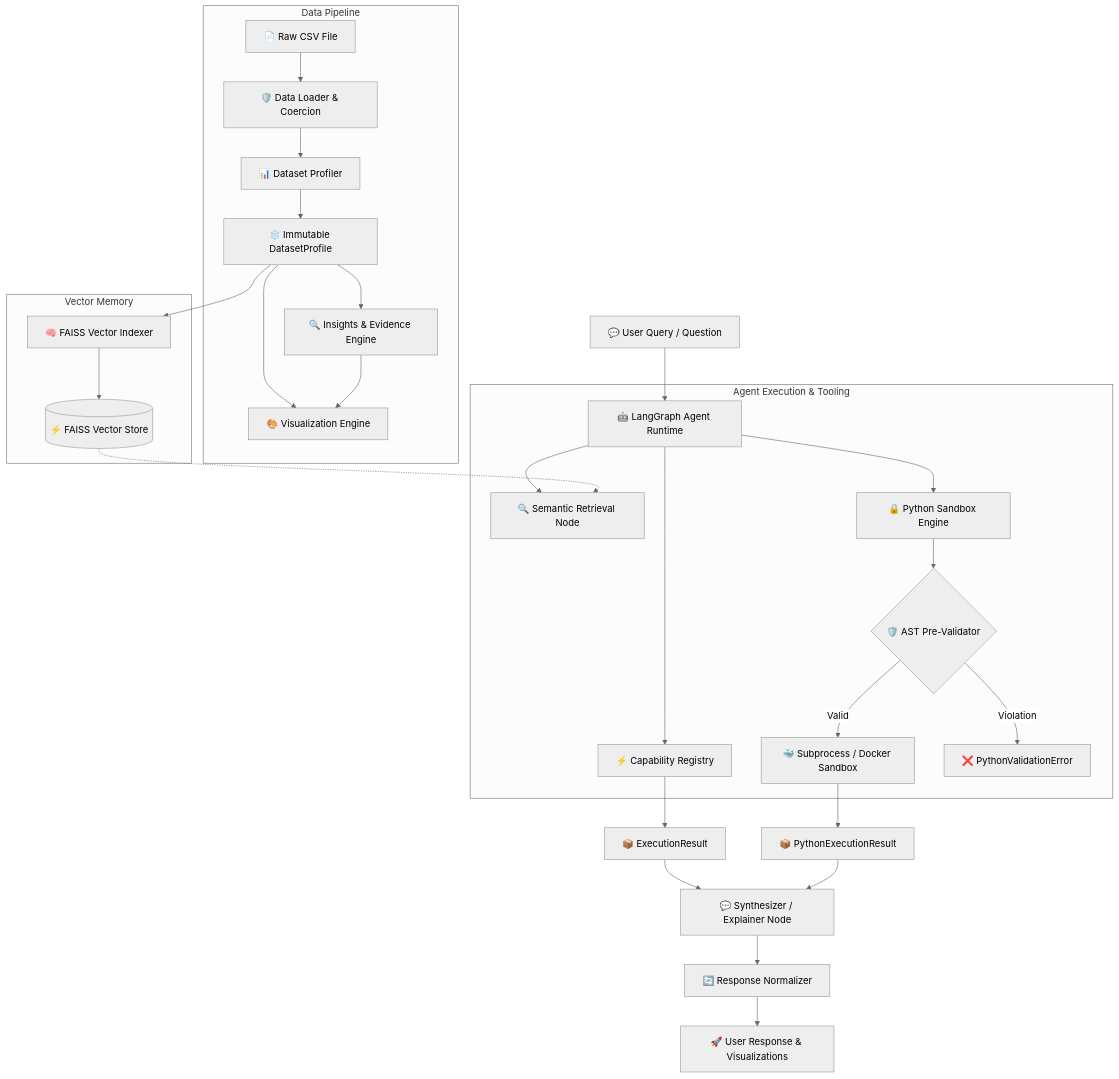
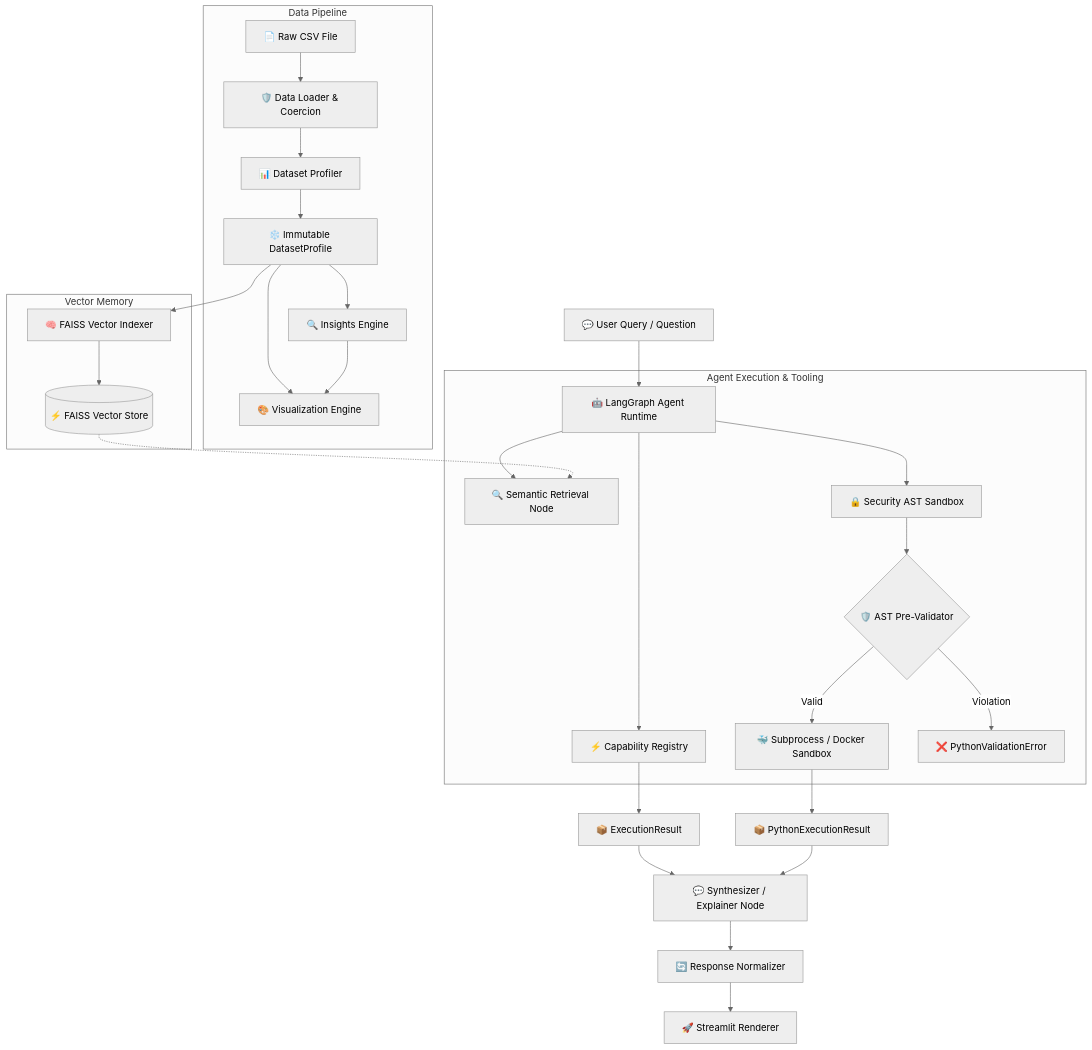
One commit to Vishaldave45/CSV-Analytics-Agent changed the diagram in README.md. Above: the diagram before and after it, drawn with Mermaid (neutral theme). The commit also changed other lines of this file, not shown here.

````diff
--- a/README.md
+++ b/README.md
@@ -104,36 +86,36 @@
 ```mermaid
 flowchart TD
     UserQuery["💬 User Query / Question"] --> AgentRuntime["🤖 LangGraph Agent Runtime"]
     
     subgraph Data Pipeline
         RawCSV["📄 Raw CSV File"] --> Loader["🛡️ Data Loader & Coercion"]
         Loader --> Profiler["📊 Dataset Profiler"]
         Profiler --> Profile["❄️ Immutable DatasetProfile"]
-        Profile --> InsightsEngine["🔍 Insights & Evidence Engine"]
+        Profile --> InsightsEngine["🔍 Insights Engine"]
         Profile & InsightsEngine --> VizEngine["🎨 Visualization Engine"]
     end
 
     subgraph Vector Memory
         Profile --> MemoryService["🧠 FAISS Vector Indexer"]
         MemoryService --> VectorStore[("⚡ FAISS Vector Store")]
     end
 
     subgraph Agent Execution & Tooling
         AgentRuntime --> RetrievalNode["🔍 Semantic Retrieval Node"]
         VectorStore -.-> RetrievalNode
         AgentRuntime --> CapabilityReg["⚡ Capability Registry"]
-        AgentRuntime --> PythonEngine["🔒 Python Sandbox Engine"]
+        AgentRuntime --> PythonEngine["🔒 Security AST Sandbox"]
         
         PythonEngine --> ASTValidator{"🛡️ AST Pre-Validator"}
         ASTValidator -->|Valid| SandboxBackend["🐳 Subprocess / Docker Sandbox"]
         ASTValidator -->|Violation| ErrorResult["❌ PythonValidationError"]
     end
 
     CapabilityReg --> DeterministicResult["📦 ExecutionResult"]
     SandboxBackend --> SandboxResult["📦 PythonExecutionResult"]
     
     DeterministicResult --> Explainer["💬 Synthesizer / Explainer Node"]
     SandboxResult --> Explainer
     Explainer --> Normalizer["🔄 Response Normalizer"]
-    Normalizer --> FinalResponse["🚀 User Response & Visualizations"]
+    Normalizer --> FinalResponse["🚀 Streamlit Renderer"]
 ```
````
